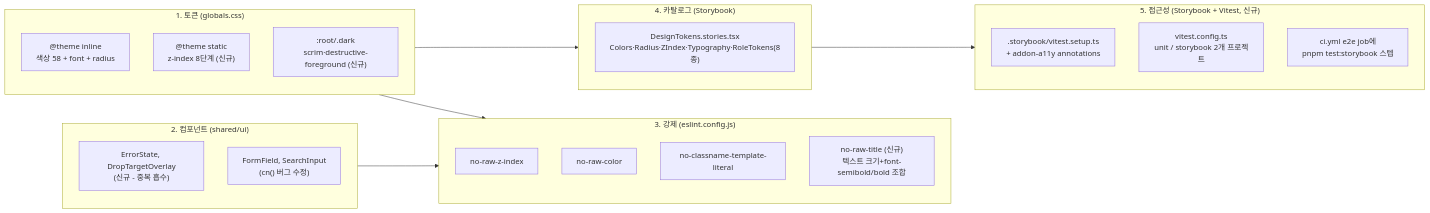
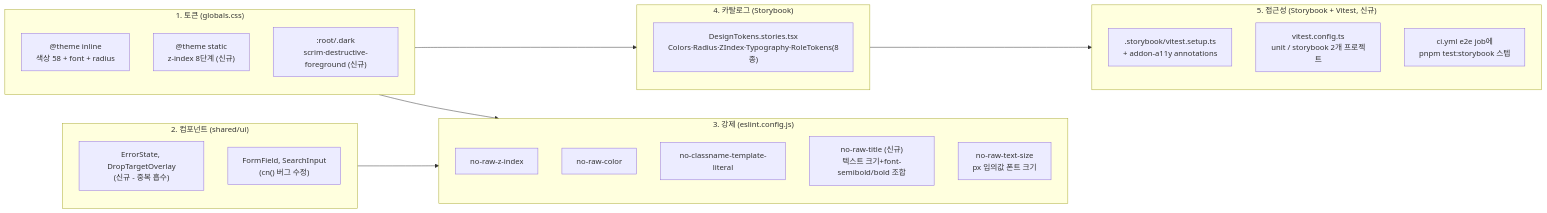
The second of 2 diagrams in docs/DESIGN-SYSTEM.md (BAECHAN/link-sphere_FE_NEW), drawn with Mermaid before and after one commit. The commit also changed other lines of this file and 43 other files, not shown here.

````diff
--- a/docs/DESIGN-SYSTEM.md
+++ b/docs/DESIGN-SYSTEM.md
@@ -86,30 +87,31 @@
 ```mermaid
 flowchart LR
     subgraph tokens ["1. 토큰 (globals.css)"]
         T1["@theme inline<br/>색상 58 + font + radius"]
         T2["@theme static<br/>z-index 8단계 (신규)"]
         T3[":root/.dark<br/>scrim·destructive-foreground (신규)"]
     end
     subgraph components ["2. 컴포넌트 (shared/ui)"]
         C1["ErrorState, DropTargetOverlay<br/>(신규 - 중복 흡수)"]
         C2["FormField, SearchInput<br/>(cn() 버그 수정)"]
     end
     subgraph enforce ["3. 강제 (eslint.config.js)"]
         E1["no-raw-z-index"]
         E2["no-raw-color"]
         E3["no-classname-template-literal"]
         E4["no-raw-title (신규)<br/>텍스트 크기+font-semibold/bold 조합"]
+        E5["no-raw-text-size<br/>px 임의값 폰트 크기"]
     end
     subgraph catalog ["4. 카탈로그 (Storybook)"]
         S1["DesignTokens.stories.tsx<br/>Colors·Radius·ZIndex·Typography·RoleTokens(8종)"]
     end
     subgraph a11y ["5. 접근성 (Storybook + Vitest, 신규)"]
         AX1[".storybook/vitest.setup.ts<br/>+ addon-a11y annotations"]
         AX2["vitest.config.ts<br/>unit / storybook 2개 프로젝트"]
         AX3["ci.yml e2e job에<br/>pnpm test:storybook 스텝"]
     end
     tokens --> enforce
     components --> enforce
     tokens --> catalog
     catalog --> a11y
 ```
````
